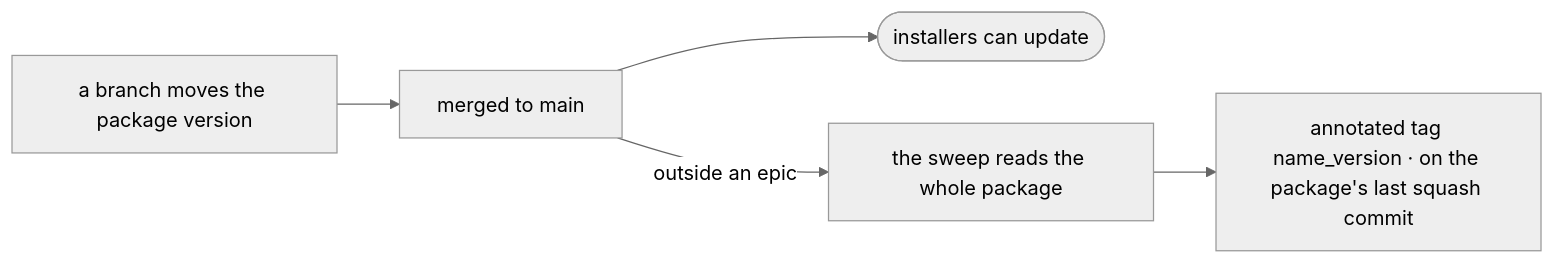
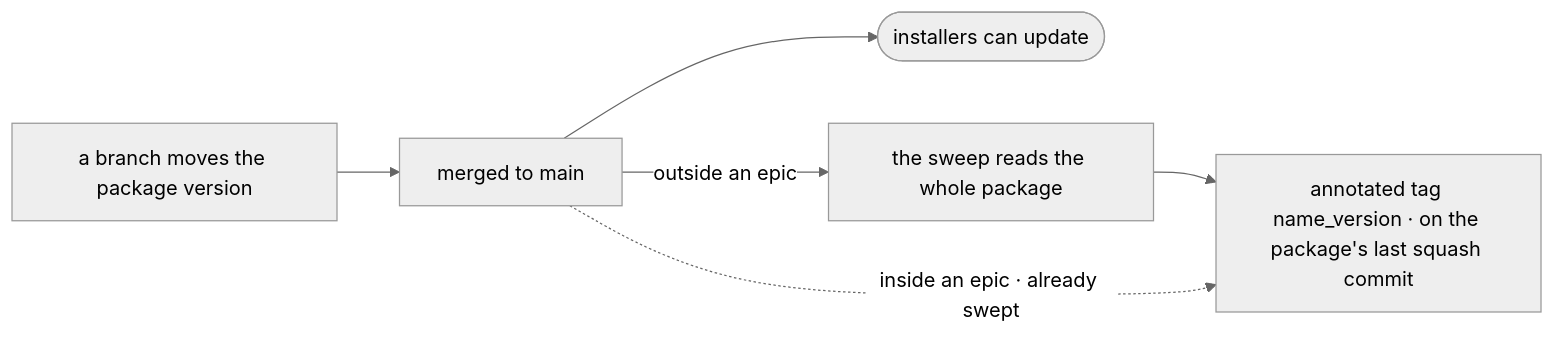
Before and after one commit to izkreny/agentifico: the fourth of 5 diagrams in docs/walkthrough.md, drawn with Mermaid (neutral theme).

Commit message:
fix(repo): draw the tag for an epic release (#486)
> 🤖 Written by AI --- read/modified by izkreny! 🤓

Closes: RF6

````diff
--- a/docs/walkthrough.md
+++ b/docs/walkthrough.md
@@ -77,7 +77,8 @@
 ```mermaid
 flowchart LR
     B["a branch moves the package version"] --> M["merged to main"]
     M --> U(["installers can update"])
     M -->|"outside an epic"| SW["the sweep reads the whole package"]
     SW --> T["annotated tag name_version · on the package's last squash commit"]
+    M -.->|"inside an epic · already swept"| T
 ```
````
